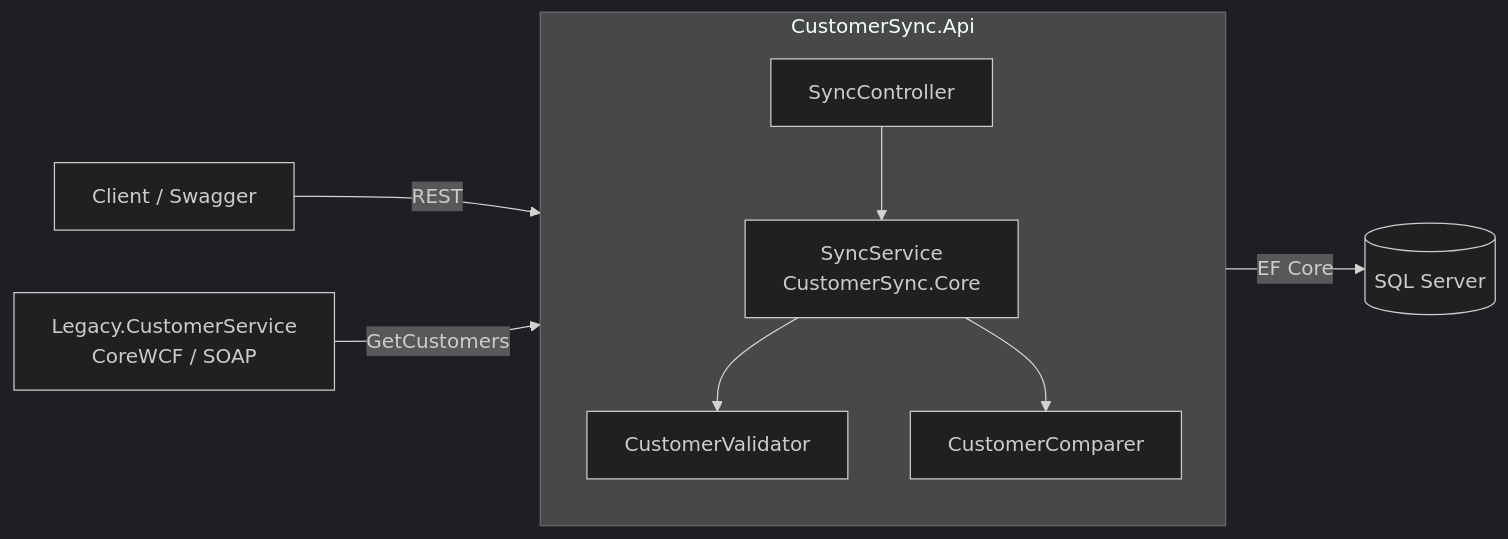
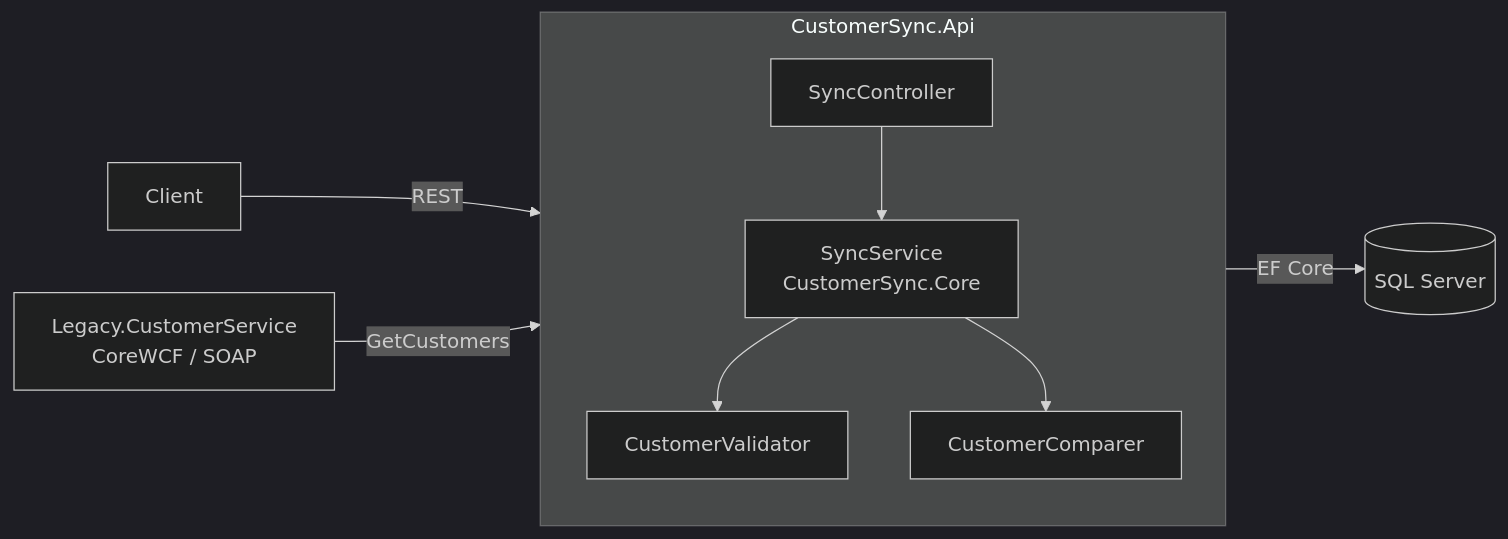
The diagram in docs/ARCHITECTURE.md (Frowingg/customer-sync), drawn with Mermaid (dark theme) before and after one commit. The commit also changed other lines of this file and 2 other files, not shown here.

Commit message:
Polish README, update roadmap and architecture notes

````diff
--- a/docs/ARCHITECTURE.md
+++ b/docs/ARCHITECTURE.md
@@ -5,12 +5,12 @@
 ```mermaid
 flowchart LR
     L[Legacy.CustomerService<br/>CoreWCF / SOAP] -- GetCustomers --> A
     subgraph A[CustomerSync.Api]
         direction TB
         C[SyncController] --> S[SyncService<br/>CustomerSync.Core]
         S --> V[CustomerValidator]
         S --> D[CustomerComparer]
     end
     A -- EF Core --> DB[(SQL Server)]
-    U[Client / Swagger] -- REST --> C
+    U[Client] -- REST --> C
 ```
````
